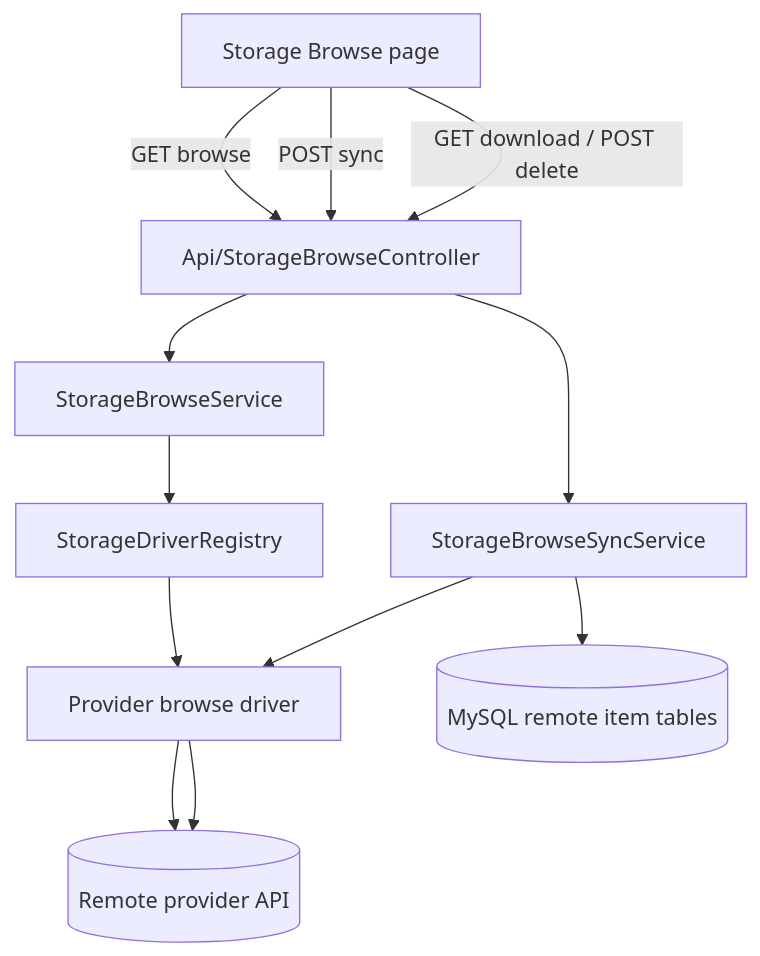
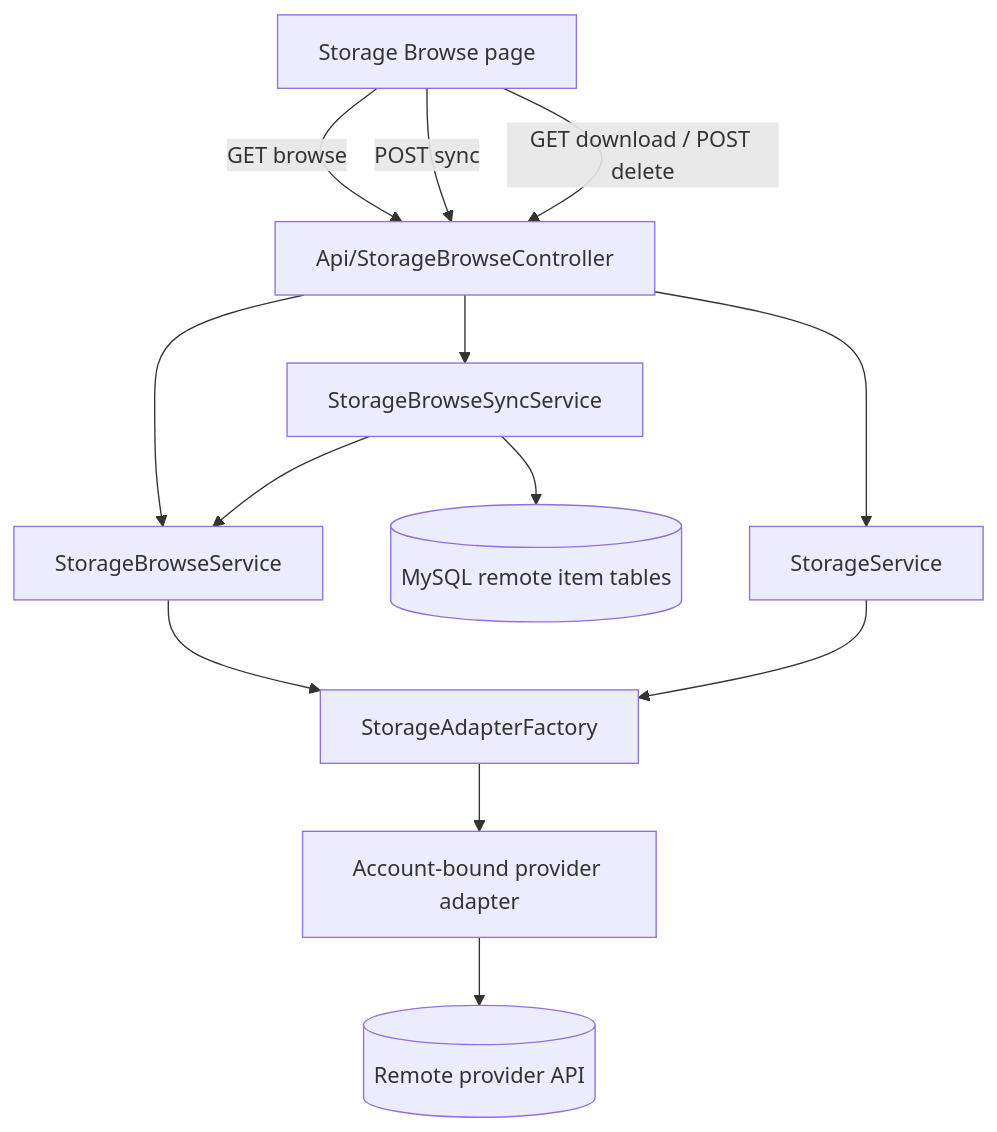
Before and after one commit to jooservices/XFlickr: the eighth of 13 diagrams in docs/00-architecture/architecture-diagrams.md, drawn with Mermaid. The commit also changed other lines of this file and 11 other files, not shown here.

First line of the commit message:
docs: sync Storage adapter and Transfer module boundaries

````diff
--- a/docs/00-architecture/architecture-diagrams.md
+++ b/docs/00-architecture/architecture-diagrams.md
@@ -259,16 +260,17 @@
 ```mermaid
 flowchart TB
   UI[Storage Browse page]
   API[Api/StorageBrowseController]
   Browse[StorageBrowseService]
   Sync[StorageBrowseSyncService]
-  Reg[StorageDriverRegistry]
-  Drv[Provider browse driver]
+  Facade[StorageService]
+  Factory[StorageAdapterFactory]
+  Drv[Account-bound provider adapter]
   Prov[(Remote provider API)]
   Local[(MySQL remote item tables)]
 
-  UI -->|GET browse| API --> Browse --> Reg --> Drv --> Prov
-  UI -->|POST sync| API --> Sync --> Drv --> Prov
+  UI -->|GET browse| API --> Browse --> Factory --> Drv --> Prov
+  UI -->|POST sync| API --> Sync --> Browse
+  UI -->|GET download / POST delete| API --> Facade --> Factory
   Sync --> Local
-  UI -->|GET download / POST delete| API
 ```
````
